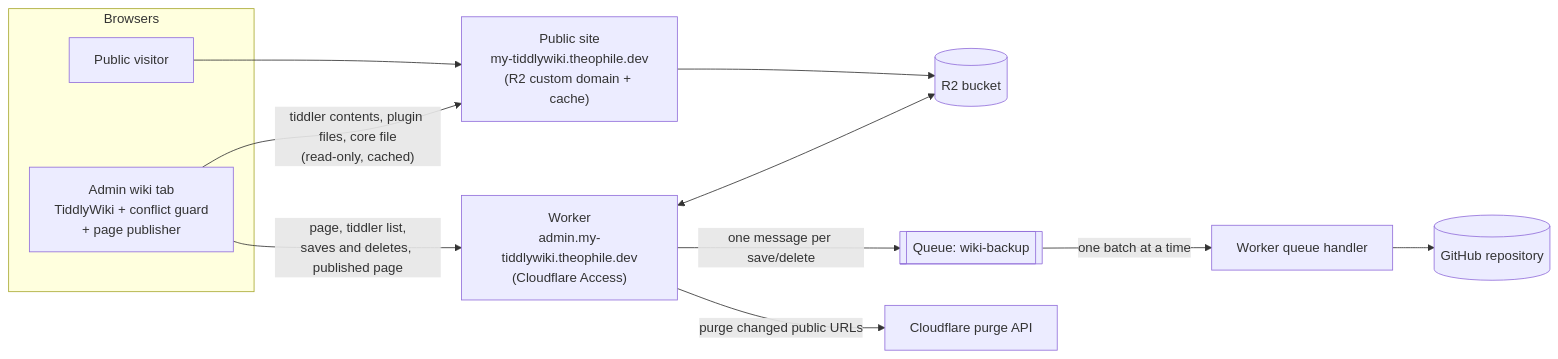
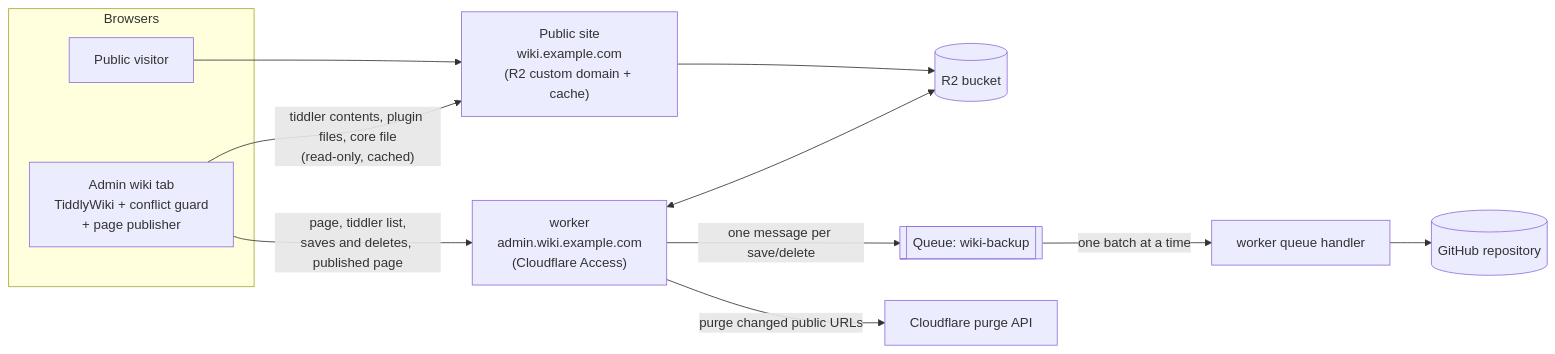
One commit to DesignThinkerer/tiddlywiki-cloudflare changed the diagram in README.md. Above: the diagram before and after it, drawn with Mermaid. The commit also changed other lines of this file and 4 other files, not shown here.

````diff
--- a/README.md
+++ b/README.md
@@ -38,16 +38,16 @@
 ```mermaid
 flowchart LR
   subgraph Browsers
     T["Admin wiki tab<br/>TiddlyWiki + conflict guard<br/>+ page publisher"]
     V["Public visitor"]
   end
-  T -- "page, tiddler list,<br/>saves and deletes, published page" --> W["Worker<br/>admin.my-tiddlywiki.theophile.dev<br/>(Cloudflare Access)"]
-  T -- "tiddler contents, plugin files, core file<br/>(read-only, cached)" --> P["Public site<br/>my-tiddlywiki.theophile.dev<br/>(R2 custom domain + cache)"]
+  T -- "page, tiddler list,<br/>saves and deletes, published page" --> W["worker<br/>admin.wiki.example.com<br/>(Cloudflare Access)"]
+  T -- "tiddler contents, plugin files, core file<br/>(read-only, cached)" --> P["Public site<br/>wiki.example.com<br/>(R2 custom domain + cache)"]
   V --> P
   W <--> R2[("R2 bucket")]
   P --> R2
   W -- "one message per save/delete" --> Q[["Queue: wiki-backup"]]
-  Q -- "one batch at a time" --> C["Worker queue handler"]
+  Q -- "one batch at a time" --> C["worker queue handler"]
   C --> GH[("GitHub repository")]
   W -- "purge changed public URLs" --> API["Cloudflare purge API"]
 ```
````
